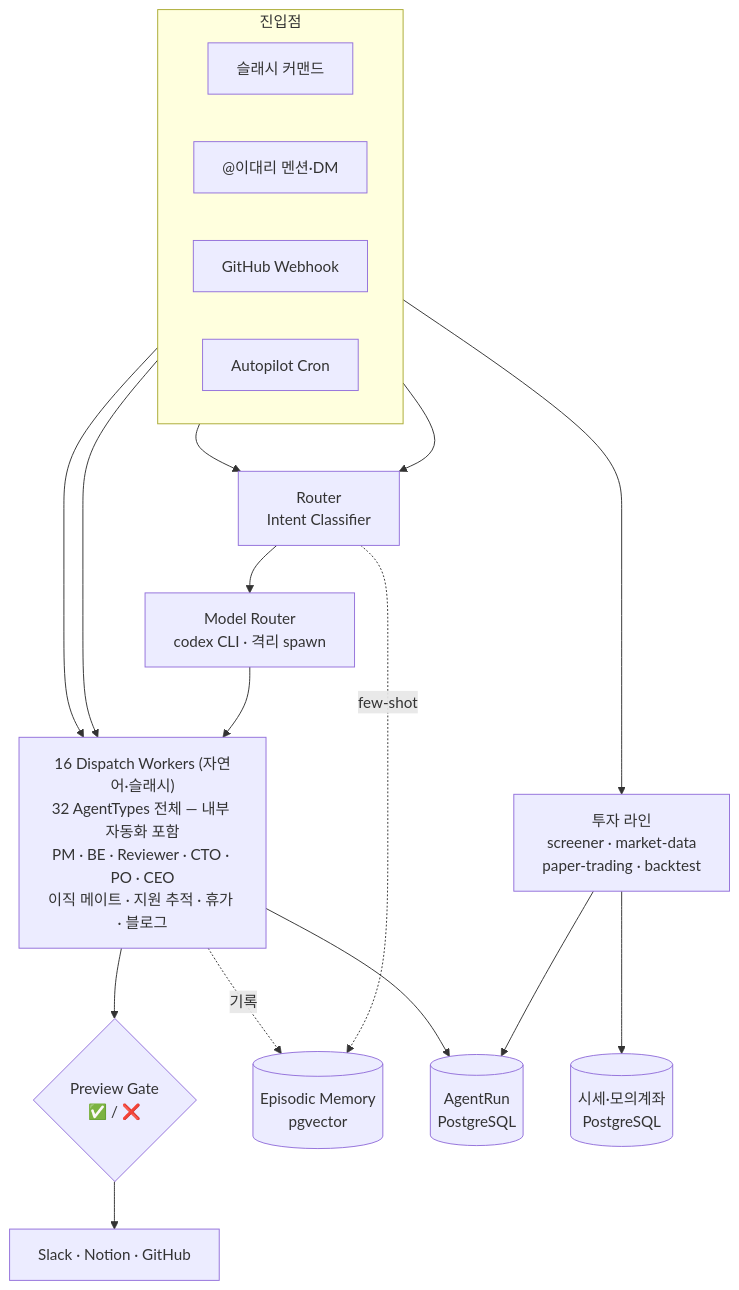
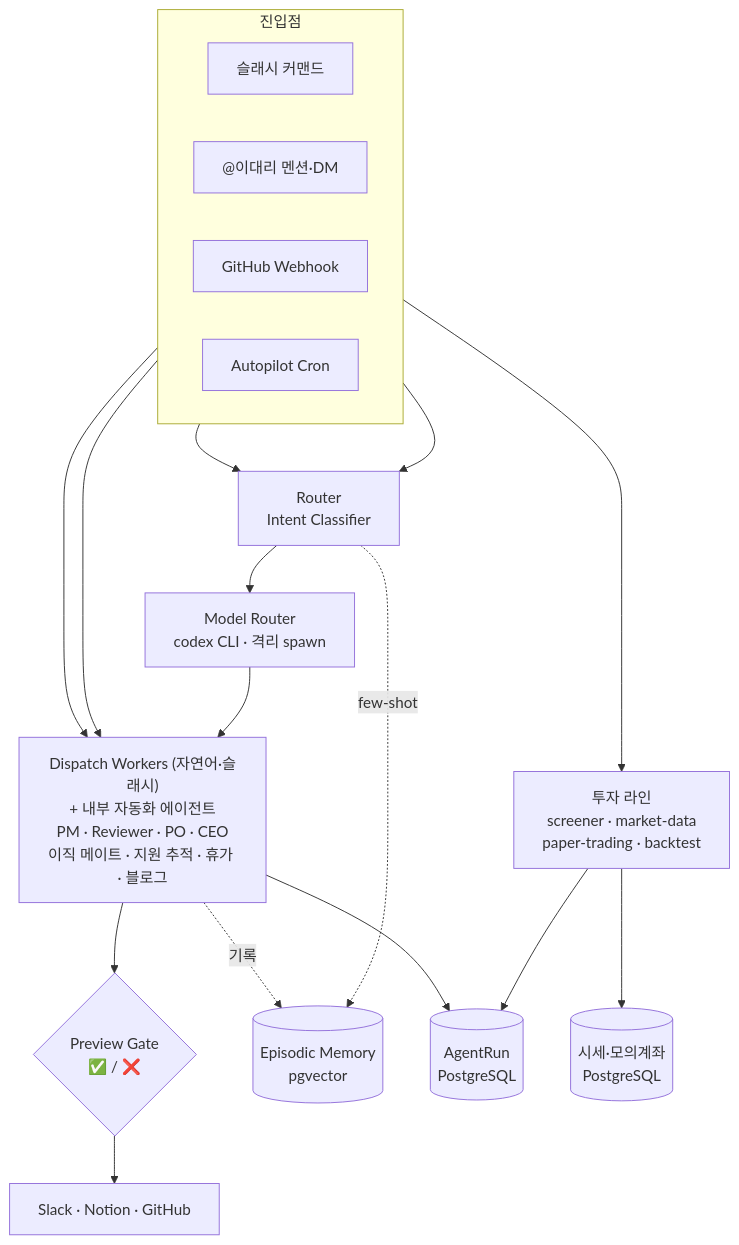
One commit to JSL107/personal_agents changed the diagram in README.md. Above: the diagram before and after it, drawn with Mermaid. The commit also changed other lines of this file, not shown here.

````diff
--- a/README.md
+++ b/README.md
@@ -43,33 +43,33 @@
 ```mermaid
 flowchart TD
     subgraph IN["진입점"]
         direction LR
         S["슬래시 커맨드"]
         M["@이대리 멘션·DM"]
         W["GitHub Webhook"]
         C["Autopilot Cron"]
     end
 
     R["Router<br/>Intent Classifier"]
     MR["Model Router<br/>codex CLI · 격리 spawn"]
-    WK["16 Dispatch Workers (자연어·슬래시)<br/>32 AgentTypes 전체 — 내부 자동화 포함<br/>PM · BE · Reviewer · CTO · PO · CEO<br/>이직 메이트 · 지원 추적 · 휴가 · 블로그"]
+    WK["Dispatch Workers (자연어·슬래시)<br/>+ 내부 자동화 에이전트<br/>PM · Reviewer · PO · CEO<br/>이직 메이트 · 지원 추적 · 휴가 · 블로그"]
     IV["투자 라인<br/>screener · market-data<br/>paper-trading · backtest"]
     PG{"Preview Gate<br/>✅ / ❌"}
     EXT["Slack · Notion · GitHub"]
     EM[("Episodic Memory<br/>pgvector")]
     AR[("AgentRun<br/>PostgreSQL")]
     MD[("시세·모의계좌<br/>PostgreSQL")]
 
     S --> R
     M --> R
     R -. few-shot .-> EM
     R --> MR --> WK
     W --> WK
     C --> WK
     C --> IV
     IV --> MD
     IV --> AR
     WK --> PG --> EXT
     WK --> AR
     WK -. 기록 .-> EM
 ```
````
